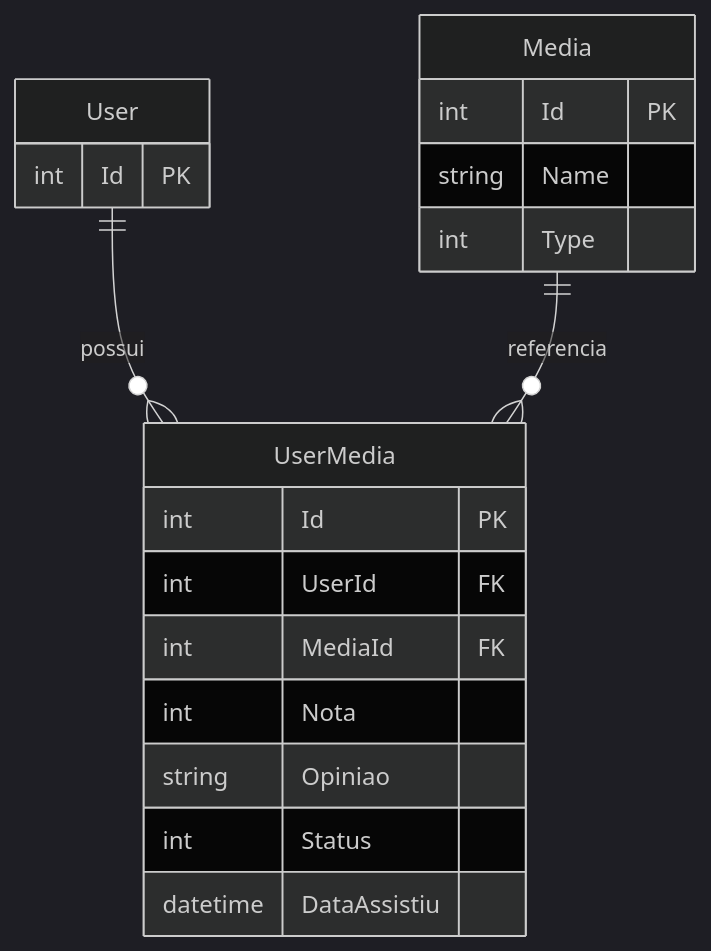
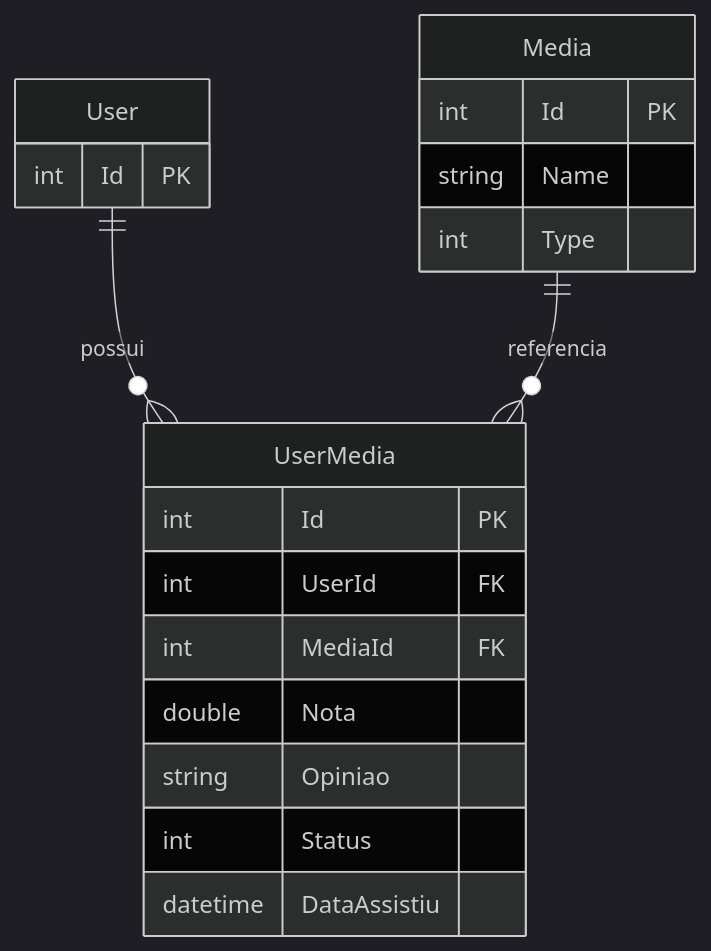
The second of 2 diagrams in README.md (rallantro/obrazo), drawn with Mermaid (dark theme) before and after one commit. The commit also changed other lines of this file, not shown here.

Commit message:
Atualiza instruções de execução no README e corrige tipo de dado para 'Nota' no diagrama ER

````diff
--- a/README.md
+++ b/README.md
@@ -203,25 +201,25 @@
 ```mermaid
 erDiagram
     User ||--o{ UserMedia : possui
     Media ||--o{ UserMedia : referencia
 
     User {
         int Id PK
     }
 
     Media {
         int Id PK
         string Name
         int Type
     }
 
     UserMedia {
         int Id PK
         int UserId FK
         int MediaId FK
-        int Nota
+        double Nota
         string Opiniao
         int Status
         datetime DataAssistiu
     }
 ```
````
